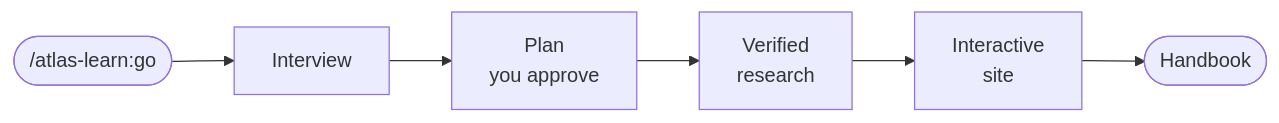
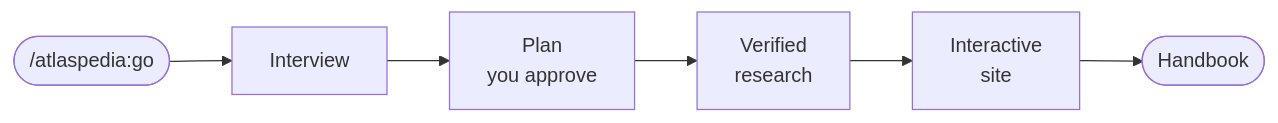
One commit to voxvanhieu/atlaspedia changed the second of 2 diagrams in README.md. Above: the diagram before and after it, drawn with Mermaid. The commit also changed other lines of this file and 274 other files, not shown here.

````diff
--- a/README.md
+++ b/README.md
@@ -49,4 +49,4 @@
 ```mermaid
 flowchart LR
-    go(["/atlas-learn:go"]) --> a["Interview"] --> b["Plan<br/>you approve"] --> c["Verified<br/>research"] --> d["Interactive<br/>site"] --> done(["Handbook"])
+    go(["/atlaspedia:go"]) --> a["Interview"] --> b["Plan<br/>you approve"] --> c["Verified<br/>research"] --> d["Interactive<br/>site"] --> done(["Handbook"])
 ```
````
